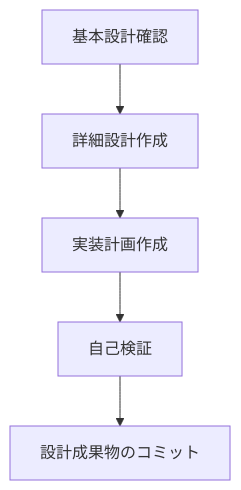
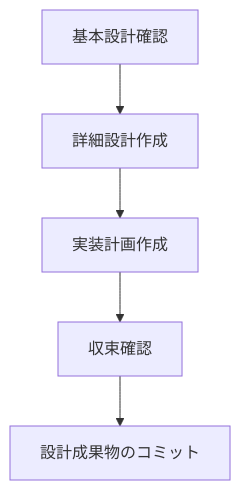
One commit to ka2kama/ringiflow changed the second of 3 diagrams in docs/04_手順書/04_開発フロー/01_Issue駆動開発.md. Above: the diagram before and after it, drawn with Mermaid. The commit also changed other lines of this file and 3 other files, not shown here.

````diff
--- a/docs/04_手順書/04_開発フロー/01_Issue駆動開発.md
+++ b/docs/04_手順書/04_開発フロー/01_Issue駆動開発.md
@@ -134,7 +134,7 @@
 ```mermaid
 flowchart TB
     A["基本設計確認"] --> B["詳細設計作成"]
     B --> C["実装計画作成"]
-    C --> D["自己検証"]
+    C --> D["収束確認"]
     D --> E["設計成果物のコミット"]
 ```
````
